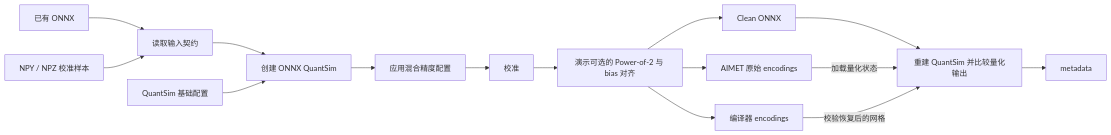
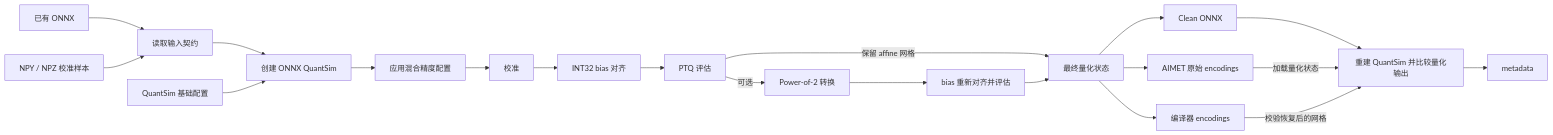
One commit to reexen-tech/rx-met changed the third of 4 diagrams in docs/architecture.md. Above: the diagram before and after it, drawn with Mermaid. The commit also changed other lines of this file and 22 other files, not shown here.

First line of the commit message:
fix(quantization): decouple bias alignment from optional Po2

````diff
--- a/docs/architecture.md
+++ b/docs/architecture.md
@@ -113,17 +122,22 @@
 ```mermaid
 flowchart LR
     Model[已有 ONNX] --> Inputs[读取输入契约]
     Data[NPY / NPZ 校准样本] --> Inputs
     Inputs --> Sim[创建 ONNX QuantSim]
     BaseConfig[QuantSim 基础配置] --> Sim
     Sim --> MixedConfig[应用混合精度配置]
     MixedConfig --> Calibration[校准]
-    Calibration --> Alignment[演示可选的 Power-of-2 与 bias 对齐]
-    Alignment --> Clean[Clean ONNX]
-    Alignment --> Raw[AIMET 原始 encodings]
-    Alignment --> Compiler[编译器 encodings]
+    Calibration --> Bias[INT32 bias 对齐]
+    Bias --> PTQEval[PTQ 评估]
+    PTQEval -->|可选| Po2[Power-of-2 转换]
+    Po2 --> ReAlign[bias 重新对齐并评估]
+    PTQEval -->|保留 affine 网格| Final[最终量化状态]
+    ReAlign --> Final
+    Final --> Clean[Clean ONNX]
+    Final --> Raw[AIMET 原始 encodings]
+    Final --> Compiler[编译器 encodings]
     Clean --> Restore[重建 QuantSim 并比较量化输出]
     Raw -->|加载量化状态| Restore
     Compiler -->|校验恢复后的网格| Restore
     Restore --> Meta[metadata]
 ```
````
